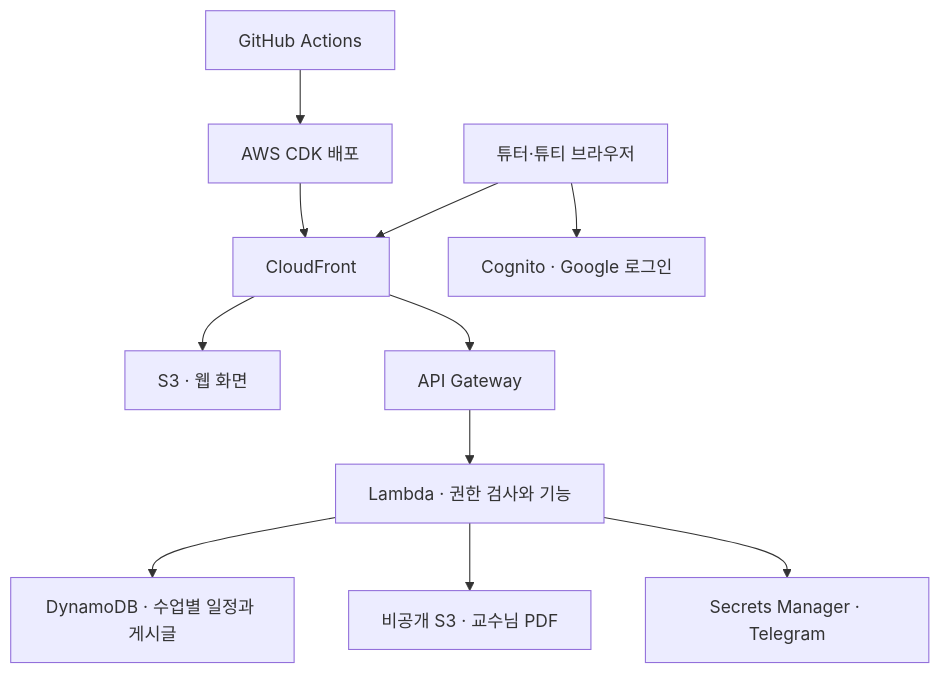
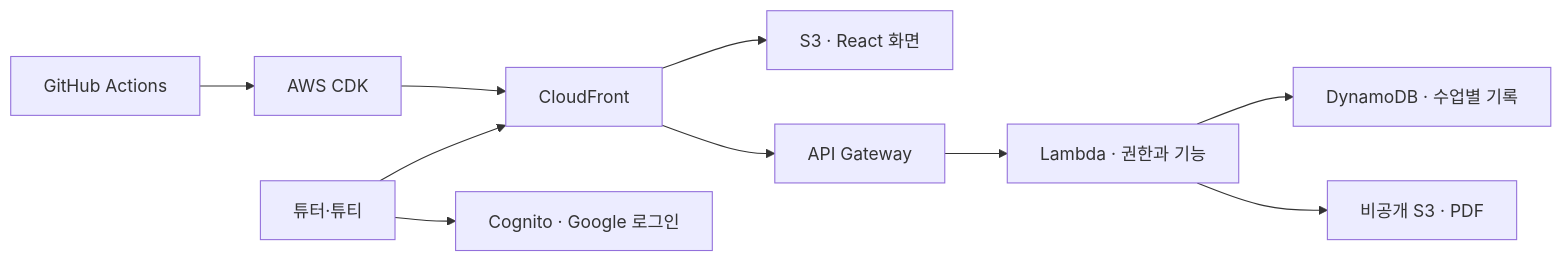
One commit to ryeong03/data-structures-tutoring changed the diagram in README.md. Above: the diagram before and after it, drawn with Mermaid. The commit also changed other lines of this file and 3 other files, not shown here.

````diff
--- a/README.md
+++ b/README.md
@@ -44,11 +68,10 @@
 ```mermaid
-flowchart TB
-    GH[GitHub Actions] --> CDK[AWS CDK 배포] --> CF[CloudFront]
-    U[튜터·튜티 브라우저] --> CF
+flowchart LR
+    U[튜터·튜티] --> CF[CloudFront]
     U --> C[Cognito · Google 로그인]
-    CF --> WEB[S3 · 웹 화면]
-    CF --> API[API Gateway] --> L[Lambda · 권한 검사와 기능]
-    L --> DB[DynamoDB · 수업별 일정과 게시글]
-    L --> FILE[비공개 S3 · 교수님 PDF]
-    L --> EXT[Secrets Manager · Telegram]
+    CF --> WEB[S3 · React 화면]
+    CF --> API[API Gateway] --> L[Lambda · 권한과 기능]
+    L --> DB[DynamoDB · 수업별 기록]
+    L --> FILE[비공개 S3 · PDF]
+    GH[GitHub Actions] --> CDK[AWS CDK] --> CF
 ```
````
